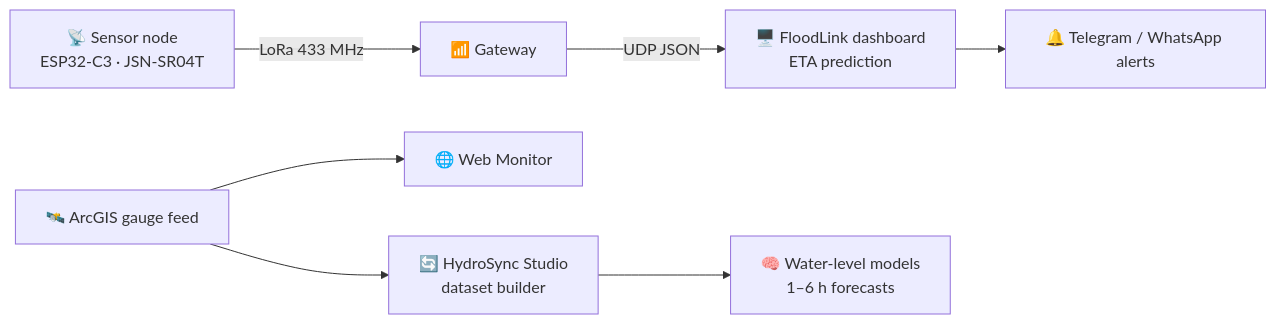
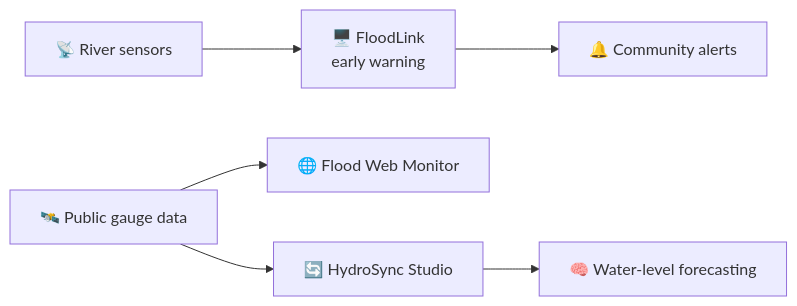
One commit to olithainduvara/olithainduvara changed the diagram in README.md. Above: the diagram before and after it, drawn with Mermaid. The commit also changed other lines of this file and 23 other files, not shown here.

````diff
--- a/README.md
+++ b/README.md
@@ -143,9 +143,8 @@
 ```mermaid
 flowchart LR
-    A["📡 Sensor node<br/>ESP32-C3 · JSN-SR04T"] -->|LoRa 433 MHz| B["📶 Gateway"]
-    B -->|UDP JSON| C["🖥️ FloodLink dashboard<br/>ETA prediction"]
-    C --> D["🔔 Telegram / WhatsApp alerts"]
-    E["🛰️ ArcGIS gauge feed"] --> F["🌐 Web Monitor"]
-    E --> G["🔄 HydroSync Studio<br/>dataset builder"]
-    G --> H["🧠 Water-level models<br/>1–6 h forecasts"]
+    A["📡 River sensors"] --> B["🖥️ FloodLink<br/>early warning"]
+    B --> C["🔔 Community alerts"]
+    D["🛰️ Public gauge data"] --> E["🌐 Flood Web Monitor"]
+    D --> F["🔄 HydroSync Studio"]
+    F --> G["🧠 Water-level forecasting"]
 ```
````
